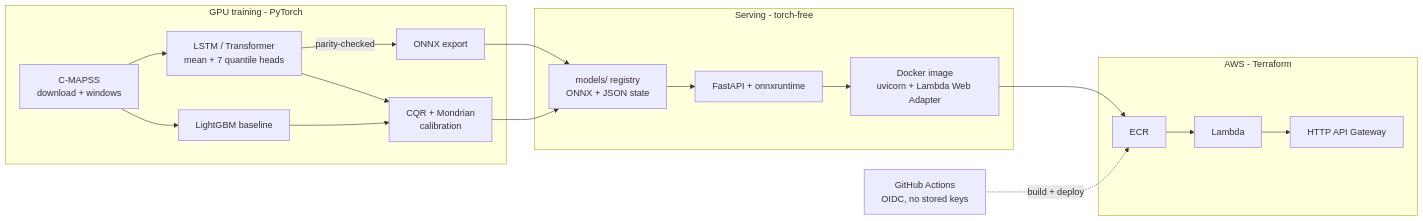
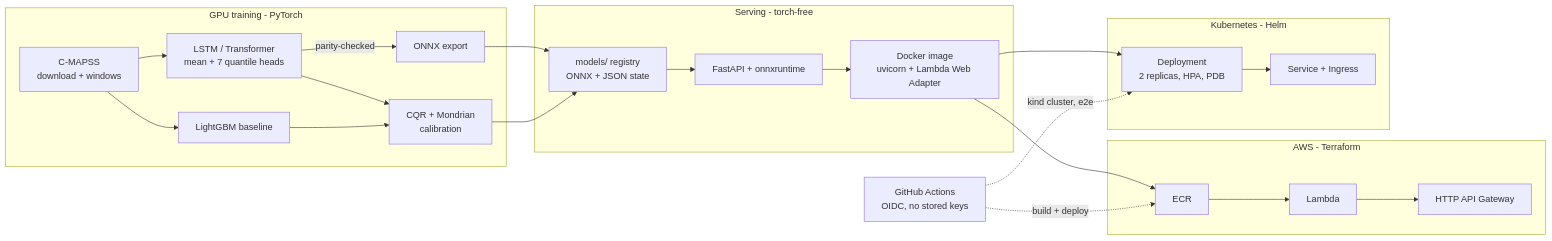
The diagram in README.md (mateus-aleixo/turbofan-rul), drawn with Mermaid before and after one commit. The commit also changed other lines of this file and 17 other files, not shown here.

First line of the commit message:
Kubernetes: Helm chart with a kind end-to-end test

````diff
--- a/README.md
+++ b/README.md
@@ -113,20 +113,24 @@
 ```mermaid
 flowchart LR
     subgraph training [GPU training - PyTorch]
         D[C-MAPSS<br/>download + windows] --> M[LSTM / Transformer<br/>mean + 7 quantile heads]
         D --> G[LightGBM baseline]
         M --> C[CQR + Mondrian<br/>calibration]
         G --> C
         M -- parity-checked --> O[ONNX export]
     end
     subgraph serving [Serving - torch-free]
         O --> R[models/ registry<br/>ONNX + JSON state]
         C --> R
         R --> A[FastAPI + onnxruntime]
         A --> L[Docker image<br/>uvicorn + Lambda Web Adapter]
     end
     subgraph cloud [AWS - Terraform]
         L --> ECR[ECR] --> LAM[Lambda] --> GW[HTTP API Gateway]
     end
+    subgraph k8s [Kubernetes - Helm]
+        L --> DEP[Deployment<br/>2 replicas, HPA, PDB] --> SVC[Service + Ingress]
+    end
     GH[GitHub Actions<br/>OIDC, no stored keys] -. build + deploy .-> ECR
+    GH -. kind cluster, e2e .-> DEP
 ```
````
